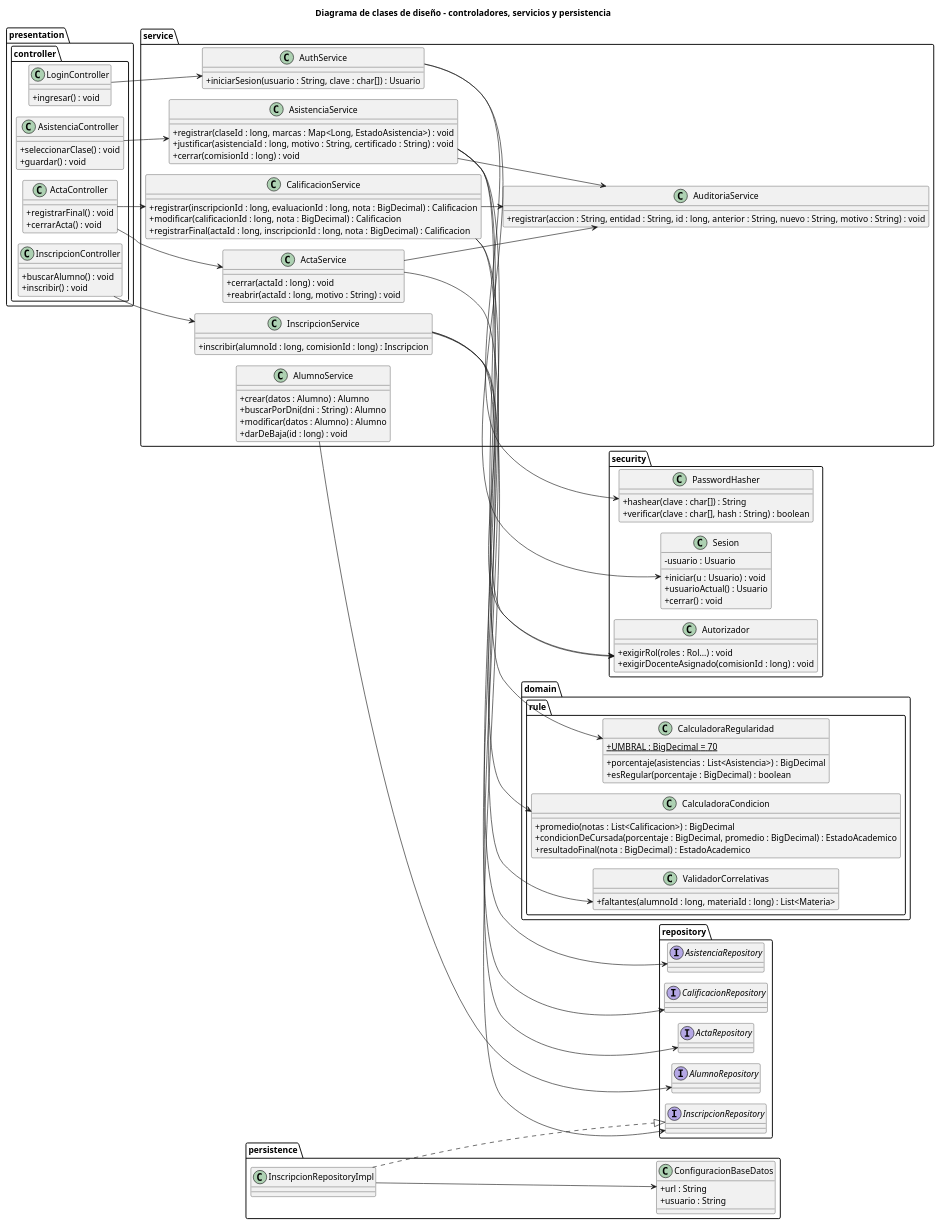
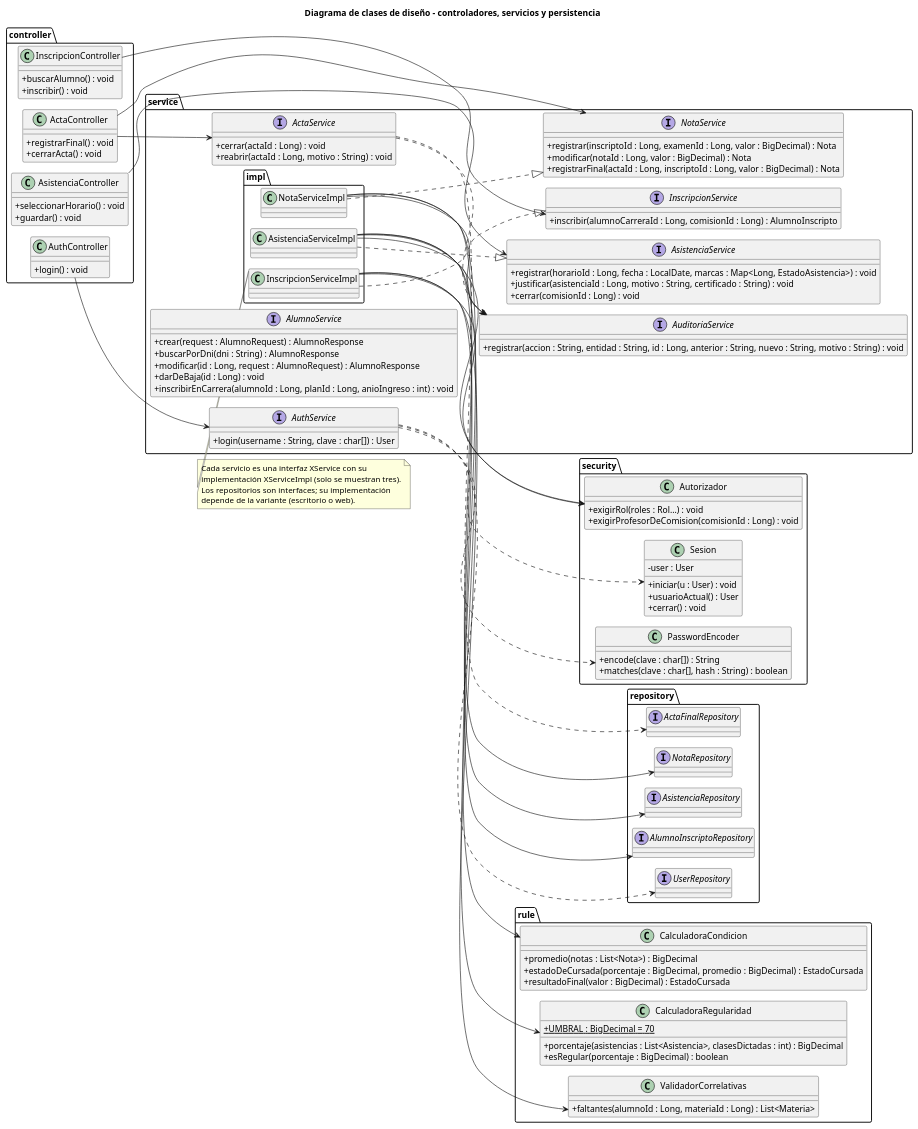
Before and after one commit to ISMAELALTHENOFER/BACKOFFICE-ACADEMICO-ITEC-N-1: the diagram in document/diagramas/07-clases-diseno.puml, drawn with PlantUML. The commit also changed 41 other files, not shown here.

```diff
--- a/document/diagramas/07-clases-diseno.puml
+++ b/document/diagramas/07-clases-diseno.puml
@@ -1,129 +1,136 @@
 @startuml clases-diseno
 !pragma layout smetana
 skinparam shadowing false
 skinparam classAttributeIconSize 0
 title Diagrama de clases de diseño - controladores, servicios y persistencia
 left to right direction
 
-package "presentation.controller" {
-  class LoginController {
-    + ingresar() : void
+package "controller" {
+  class AuthController {
+    + login() : void
   }
   class InscripcionController {
     + buscarAlumno() : void
     + inscribir() : void
   }
   class AsistenciaController {
-    + seleccionarClase() : void
+    + seleccionarHorario() : void
     + guardar() : void
   }
   class ActaController {
     + registrarFinal() : void
     + cerrarActa() : void
   }
 }
 
 package "security" {
   class Sesion {
-    - usuario : Usuario
-    + iniciar(u : Usuario) : void
-    + usuarioActual() : Usuario
+    - user : User
+    + iniciar(u : User) : void
+    + usuarioActual() : User
     + cerrar() : void
   }
-  class PasswordHasher {
-    + hashear(clave : char[]) : String
-    + verificar(clave : char[], hash : String) : boolean
+  class PasswordEncoder {
+    + encode(clave : char[]) : String
+    + matches(clave : char[], hash : String) : boolean
   }
   class Autorizador {
     + exigirRol(roles : Rol...) : void
-    + exigirDocenteAsignado(comisionId : long) : void
+    + exigirProfesorDeComision(comisionId : Long) : void
   }
 }
 
 package "service" {
-  class AuthService {
-    + iniciarSesion(usuario : String, clave : char[]) : Usuario
+  interface AuthService {
+    + login(username : String, clave : char[]) : User
   }
-  class AlumnoService {
-    + crear(datos : Alumno) : Alumno
-    + buscarPorDni(dni : String) : Alumno
-    + modificar(datos : Alumno) : Alumno
-    + darDeBaja(id : long) : void
+  interface AlumnoService {
+    + crear(request : AlumnoRequest) : AlumnoResponse
+    + buscarPorDni(dni : String) : AlumnoResponse
+    + modificar(id : Long, request : AlumnoRequest) : AlumnoResponse
+    + darDeBaja(id : Long) : void
+    + inscribirEnCarrera(alumnoId : Long, planId : Long, anioIngreso : int) : void
   }
-  class InscripcionService {
-    + inscribir(alumnoId : long, comisionId : long) : Inscripcion
+  interface InscripcionService {
+    + inscribir(alumnoCarreraId : Long, comisionId : Long) : AlumnoInscripto
   }
-  class AsistenciaService {
-    + registrar(claseId : long, marcas : Map<Long, EstadoAsistencia>) : void
-    + justificar(asistenciaId : long, motivo : String, certificado : String) : void
-    + cerrar(comisionId : long) : void
+  interface AsistenciaService {
+    + registrar(horarioId : Long, fecha : LocalDate, marcas : Map<Long, EstadoAsistencia>) : void
+    + justificar(asistenciaId : Long, motivo : String, certificado : String) : void
+    + cerrar(comisionId : Long) : void
   }
-  class CalificacionService {
-    + registrar(inscripcionId : long, evaluacionId : long, nota : BigDecimal) : Calificacion
-    + modificar(calificacionId : long, nota : BigDecimal) : Calificacion
-    + registrarFinal(actaId : long, inscripcionId : long, nota : BigDecimal) : Calificacion
+  interface NotaService {
+    + registrar(inscriptoId : Long, examenId : Long, valor : BigDecimal) : Nota
+    + modificar(notaId : Long, valor : BigDecimal) : Nota
+    + registrarFinal(actaId : Long, inscriptoId : Long, valor : BigDecimal) : Nota
   }
-  class ActaService {
-    + cerrar(actaId : long) : void
-    + reabrir(actaId : long, motivo : String) : void
+  interface ActaService {
+    + cerrar(actaId : Long) : void
+    + reabrir(actaId : Long, motivo : String) : void
   }
-  class AuditoriaService {
-    + registrar(accion : String, entidad : String, id : long, anterior : String, nuevo : String, motivo : String) : void
+  interface AuditoriaService {
+    + registrar(accion : String, entidad : String, id : Long, anterior : String, nuevo : String, motivo : String) : void
   }
 }
 
-package "domain.rule" {
+package "service.impl" {
+  class InscripcionServiceImpl
+  class AsistenciaServiceImpl
+  class NotaServiceImpl
+}
+
+package "rule" {
   class CalculadoraRegularidad {
     + {static} UMBRAL : BigDecimal = 70
-    + porcentaje(asistencias : List<Asistencia>) : BigDecimal
+    + porcentaje(asistencias : List<Asistencia>, clasesDictadas : int) : BigDecimal
     + esRegular(porcentaje : BigDecimal) : boolean
   }
   class CalculadoraCondicion {
-    + promedio(notas : List<Calificacion>) : BigDecimal
-    + condicionDeCursada(porcentaje : BigDecimal, promedio : BigDecimal) : EstadoAcademico
-    + resultadoFinal(nota : BigDecimal) : EstadoAcademico
+    + promedio(notas : List<Nota>) : BigDecimal
+    + estadoDeCursada(porcentaje : BigDecimal, promedio : BigDecimal) : EstadoCursada
+    + resultadoFinal(valor : BigDecimal) : EstadoCursada
   }
   class ValidadorCorrelativas {
-    + faltantes(alumnoId : long, materiaId : long) : List<Materia>
+    + faltantes(alumnoId : Long, materiaId : Long) : List<Materia>
   }
 }
 
 package "repository" {
-  interface AlumnoRepository
-  interface InscripcionRepository
+  interface UserRepository
+  interface AlumnoInscriptoRepository
   interface AsistenciaRepository
-  interface CalificacionRepository
-  interface ActaRepository
+  interface NotaRepository
+  interface ActaFinalRepository
 }
 
-package "persistence" {
-  class InscripcionRepositoryImpl
-  class ConfiguracionBaseDatos {
-    + url : String
-    + usuario : String
-  }
-}
-
-LoginController --> AuthService
+AuthController --> AuthService
 InscripcionController --> InscripcionService
 AsistenciaController --> AsistenciaService
-ActaController --> CalificacionService
+ActaController --> NotaService
 ActaController --> ActaService
-AuthService --> PasswordHasher
-AuthService --> Sesion
-InscripcionService --> Autorizador
-InscripcionService --> ValidadorCorrelativas
-InscripcionService --> InscripcionRepository
-AsistenciaService --> Autorizador
-AsistenciaService --> CalculadoraRegularidad
-AsistenciaService --> AsistenciaRepository
-AsistenciaService --> AuditoriaService
-CalificacionService --> CalculadoraCondicion
-CalificacionService --> CalificacionRepository
-CalificacionService --> AuditoriaService
-ActaService --> ActaRepository
-ActaService --> AuditoriaService
-AlumnoService --> AlumnoRepository
-InscripcionRepositoryImpl ..|> InscripcionRepository
-InscripcionRepositoryImpl --> ConfiguracionBaseDatos
+AuthService ..> PasswordEncoder
+AuthService ..> Sesion
+AuthService ..> UserRepository
+InscripcionServiceImpl ..|> InscripcionService
+AsistenciaServiceImpl ..|> AsistenciaService
+NotaServiceImpl ..|> NotaService
+InscripcionServiceImpl --> Autorizador
+InscripcionServiceImpl --> ValidadorCorrelativas
+InscripcionServiceImpl --> AlumnoInscriptoRepository
+AsistenciaServiceImpl --> Autorizador
+AsistenciaServiceImpl --> CalculadoraRegularidad
+AsistenciaServiceImpl --> AsistenciaRepository
+AsistenciaServiceImpl --> AuditoriaService
+NotaServiceImpl --> CalculadoraCondicion
+NotaServiceImpl --> NotaRepository
+NotaServiceImpl --> AuditoriaService
+ActaService ..> ActaFinalRepository
+ActaService ..> AuditoriaService
+
+note bottom of InscripcionServiceImpl
+  Cada servicio es una interfaz XService con su
+  implementación XServiceImpl (solo se muestran tres).
+  Los repositorios son interfaces; su implementación
+  depende de la variante (escritorio o web).
+end note
 @enduml
```
